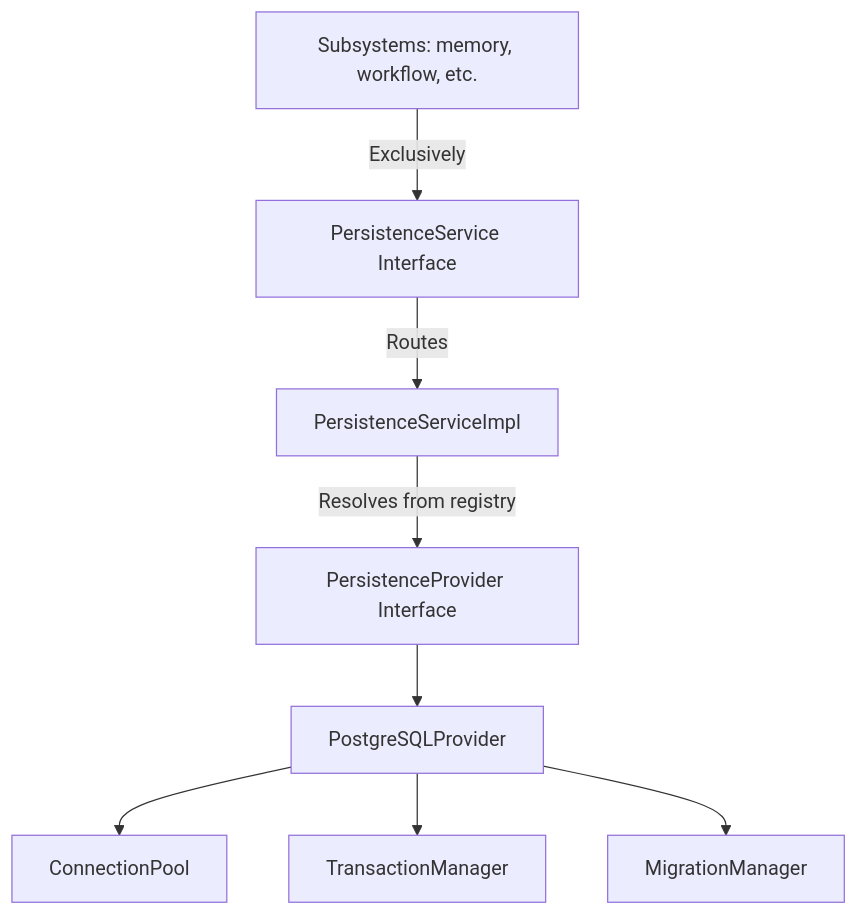
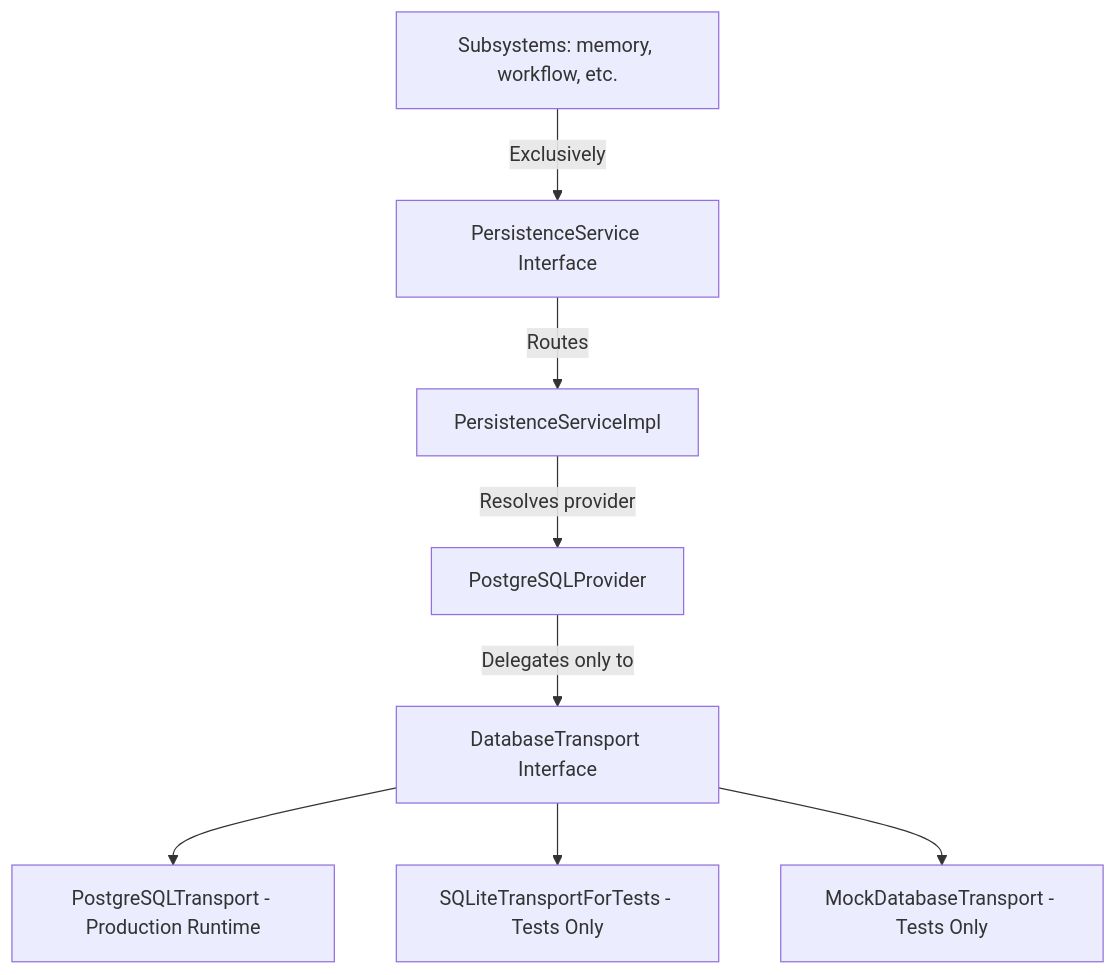
Before and after one commit to Anzar0904/Aios: the diagram in docs/PERSISTENCE_PLATFORM_M1_REPORT.md, drawn with Mermaid. The commit also changed other lines of this file and 7 other files, not shown here.

Commit message:
refactor(persistence): isolate SQLite to tests and implement DatabaseTransport

````diff
--- a/docs/PERSISTENCE_PLATFORM_M1_REPORT.md
+++ b/docs/PERSISTENCE_PLATFORM_M1_REPORT.md
@@ -23,10 +10,10 @@
 ```mermaid
 graph TD
     Subsystems[Subsystems: memory, workflow, etc.] -->|Exclusively| PersistenceService[PersistenceService Interface]
     PersistenceService -->|Routes| PersistenceServiceImpl[PersistenceServiceImpl]
-    PersistenceServiceImpl -->|Resolves from registry| PersistenceProvider[PersistenceProvider Interface]
-    PersistenceProvider --> PostgreSQLProvider[PostgreSQLProvider]
-    PostgreSQLProvider --> ConnectionPool[ConnectionPool]
-    PostgreSQLProvider --> TransactionManager[TransactionManager]
-    PostgreSQLProvider --> MigrationManager[MigrationManager]
+    PersistenceServiceImpl -->|Resolves provider| PostgreSQLProvider[PostgreSQLProvider]
+    PostgreSQLProvider -->|Delegates only to| DatabaseTransport[DatabaseTransport Interface]
+    DatabaseTransport --> PostgreSQLTransport[PostgreSQLTransport - Production Runtime]
+    DatabaseTransport --> SQLiteTransportForTests[SQLiteTransportForTests - Tests Only]
+    DatabaseTransport --> MockDatabaseTransport[MockDatabaseTransport - Tests Only]
 ```
````
